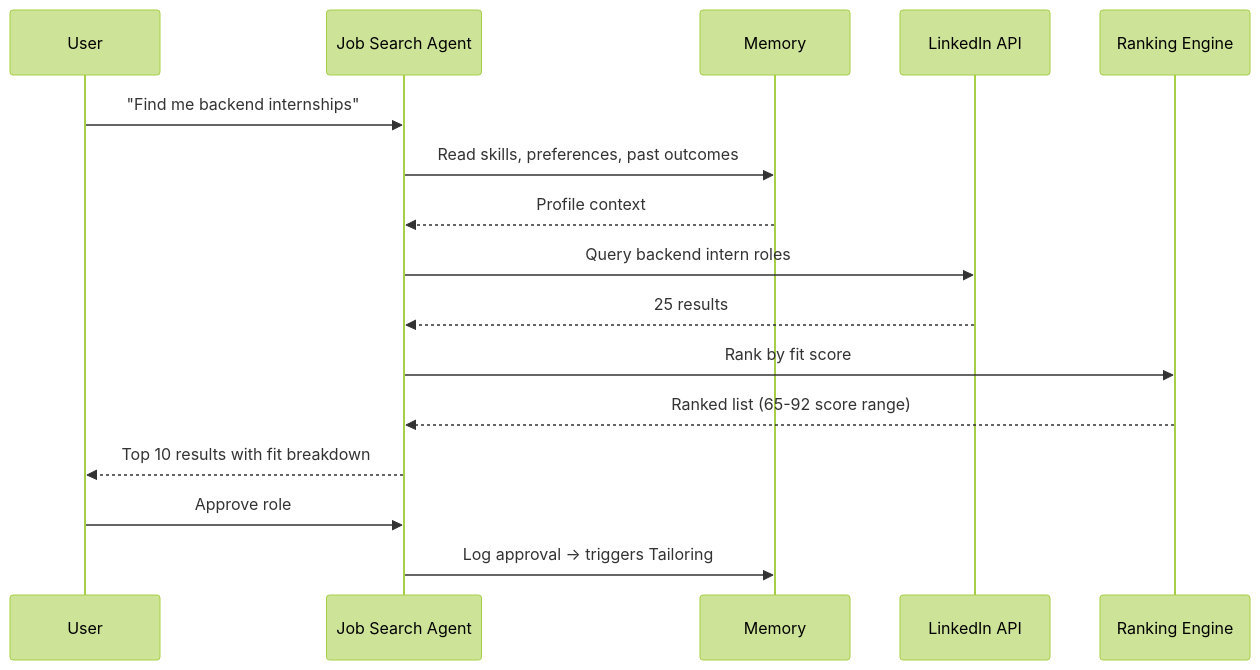
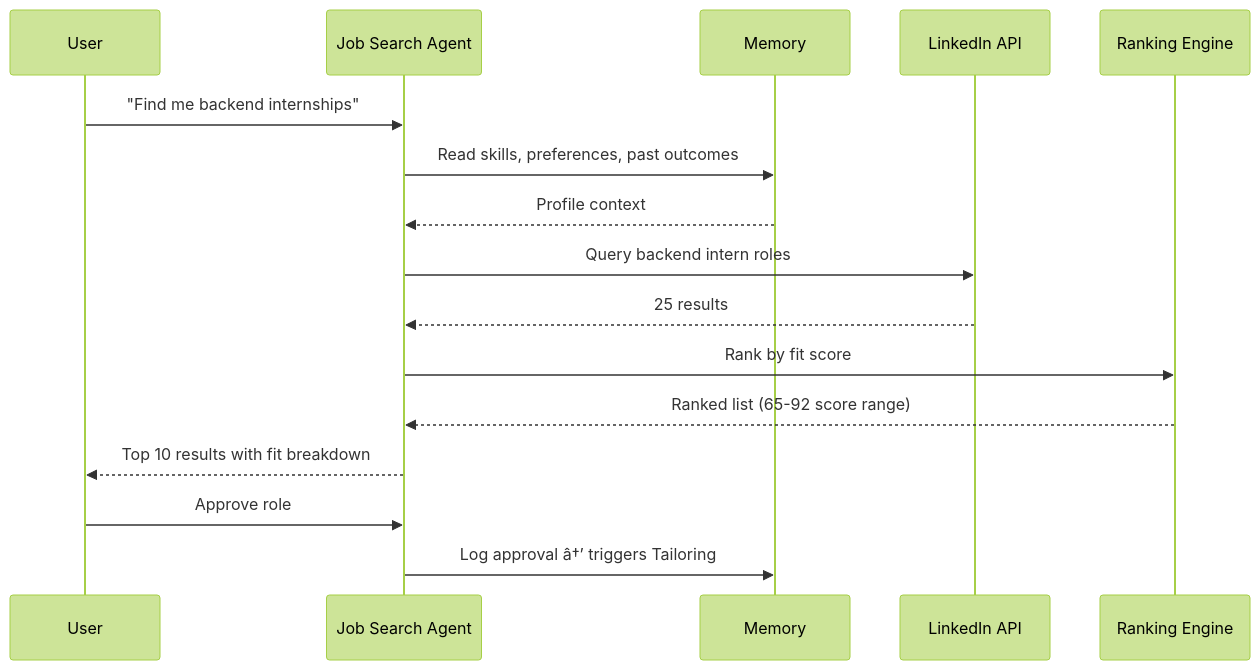
One commit to Driftloom/Vaeloom changed the second of 2 diagrams in Docs/Product/Feature-Specs/Job-Search.md. Above: the diagram before and after it, drawn with Mermaid (forest theme). The commit also changed other lines of this file and 249 other files, not shown here.

````diff
--- a/Docs/Product/Feature-Specs/Job-Search.md
+++ b/Docs/Product/Feature-Specs/Job-Search.md
@@ -200,19 +200,19 @@
 ```mermaid
 sequenceDiagram
     participant U as User
     participant JSA as Job Search Agent
     participant MEM as Memory
     participant LI as LinkedIn API
     participant RN as Ranking Engine
 
     U->>JSA: "Find me backend internships"
     JSA->>MEM: Read skills, preferences, past outcomes
     MEM-->>JSA: Profile context
     JSA->>LI: Query backend intern roles
     LI-->>JSA: 25 results
     JSA->>RN: Rank by fit score
     RN-->>JSA: Ranked list (65-92 score range)
     JSA-->>U: Top 10 results with fit breakdown
     U->>JSA: Approve role #3
-    JSA->>MEM: Log approval → triggers Tailoring
+    JSA->>MEM: Log approval â†’ triggers Tailoring
 ```
````
